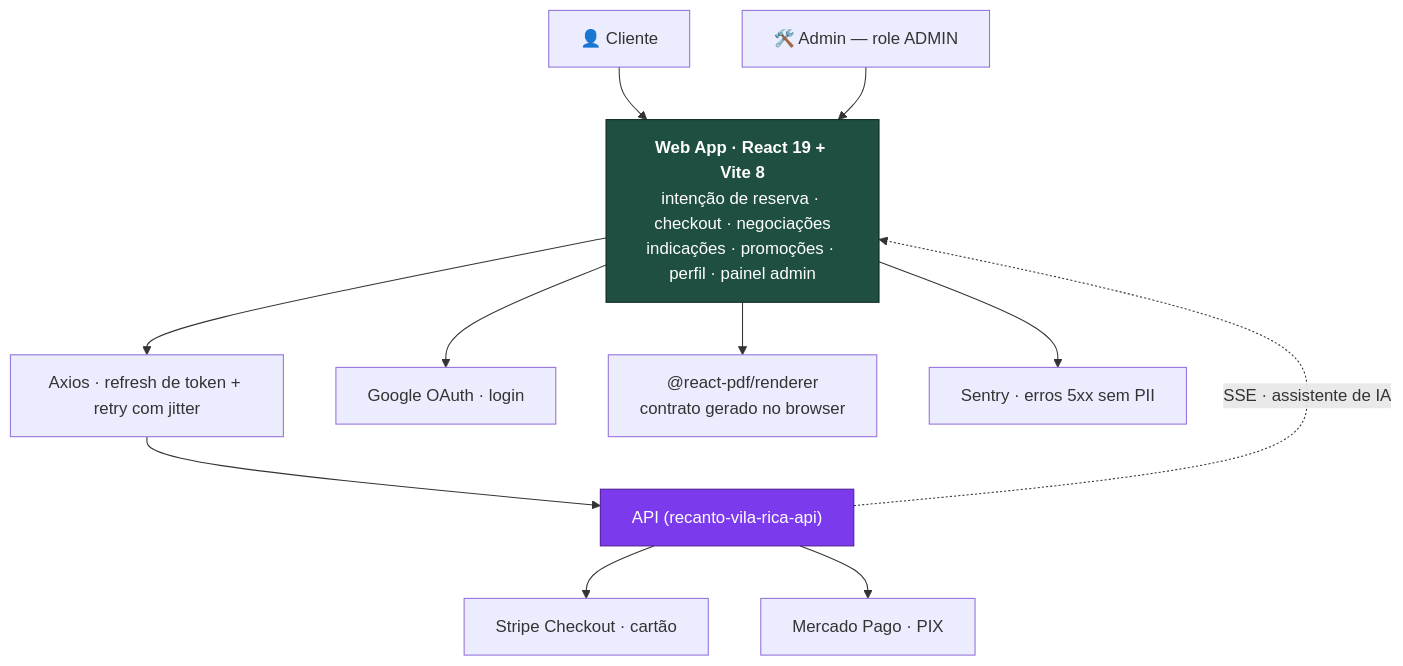
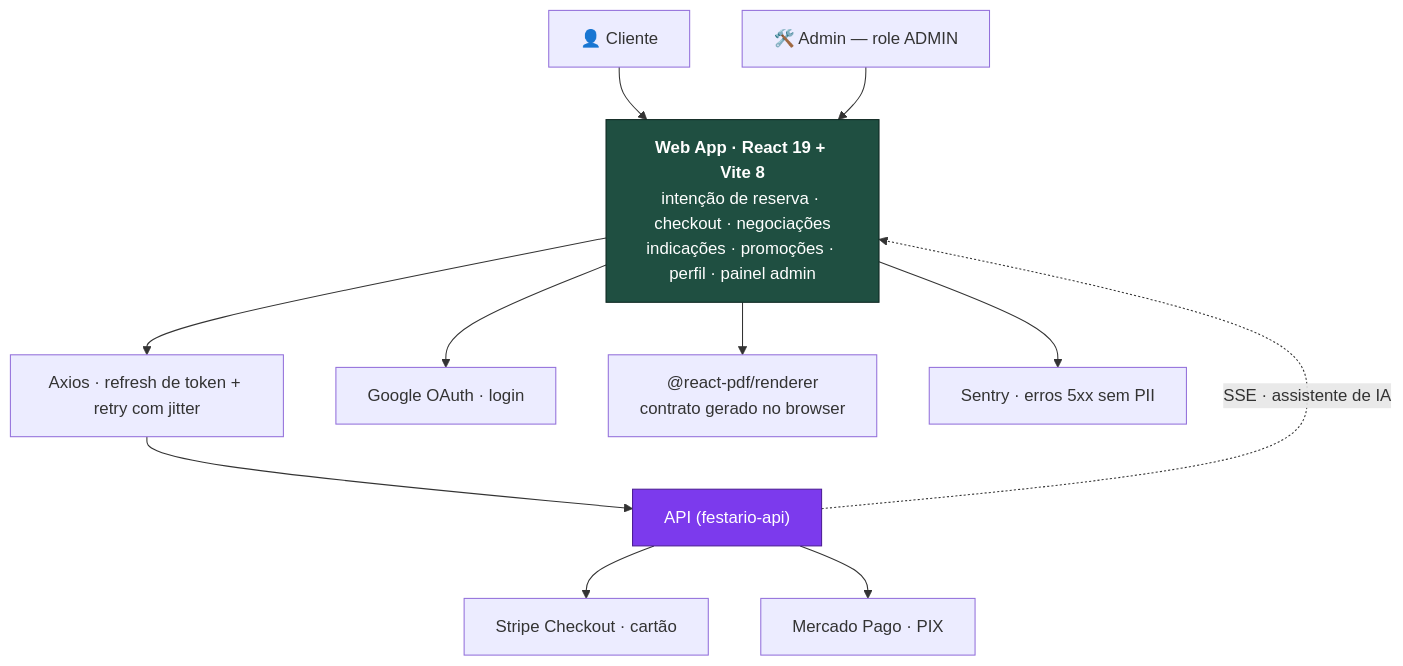
One commit to mateus-vitor-ferreira-dev/festario-web changed the diagram in README.md. Above: the diagram before and after it, drawn with Mermaid. The commit also changed other lines of this file and 33 other files, not shown here.

````diff
--- a/README.md
+++ b/README.md
@@ -32,21 +32,21 @@
 ```mermaid
 flowchart TB
     U["👤 Cliente"] --> APP
     ADM["🛠️ Admin — role ADMIN"] --> APP
 
     APP["<b>Web App · React 19 + Vite 8</b><br/>intenção de reserva · checkout · negociações<br/>indicações · promoções · perfil · painel admin"]
 
     APP --> AX["Axios · refresh de token + retry com jitter"]
-    AX --> API["API (recanto-vila-rica-api)"]
+    AX --> API["API (festario-api)"]
 
     APP --> G["Google OAuth · login"]
     APP --> PDF["@react-pdf/renderer<br/>contrato gerado no browser"]
     APP --> SEN["Sentry · erros 5xx sem PII"]
 
     API --> ST["Stripe Checkout · cartão"]
     API --> MP["Mercado Pago · PIX"]
     API -. "SSE · assistente de IA" .-> APP
 
     style APP fill:#1f4f41,stroke:#0d2620,color:#fff
     style API fill:#7c3aed,stroke:#4c1d95,color:#fff
 ```
````
